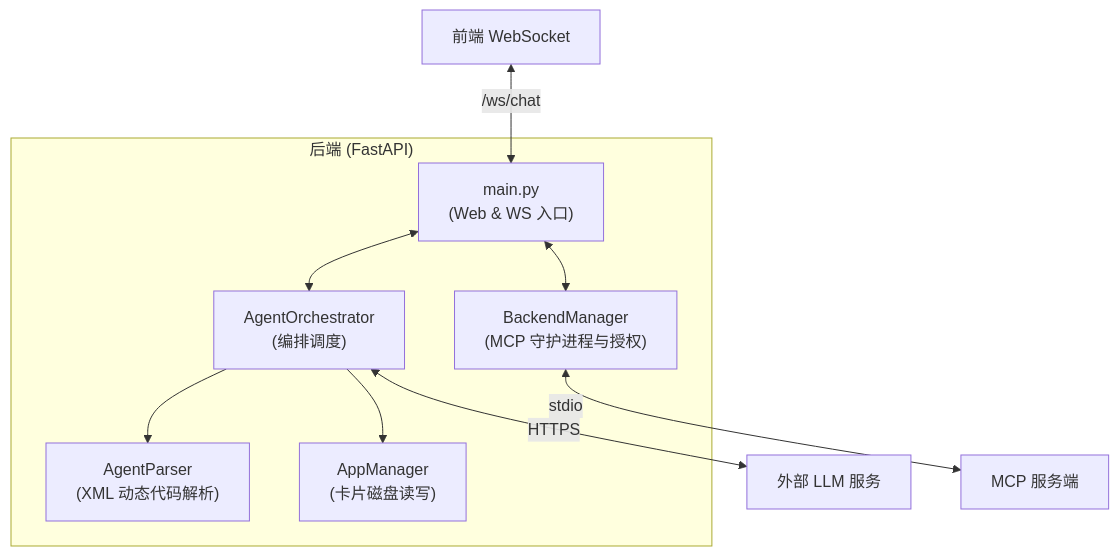
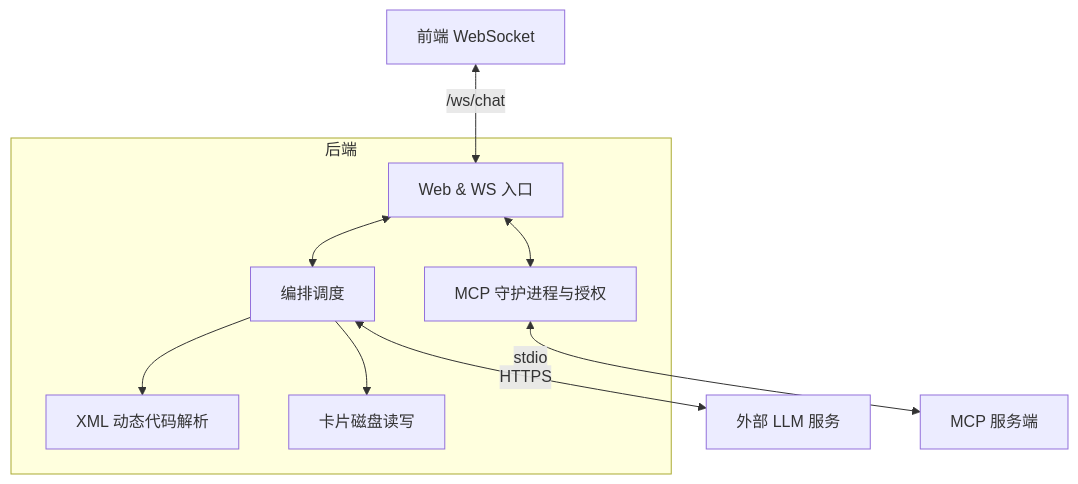
Before and after one commit to BillShiyaoZhang/ambient-agent: the third of 5 diagrams in docs/architecture/overview.md, drawn with Mermaid. The commit also changed other lines of this file and 10 other files, not shown here.

````diff
--- a/docs/architecture/overview.md
+++ b/docs/architecture/overview.md
@@ -42,12 +41,12 @@
 ```mermaid
 graph TB
-    subgraph Backend["后端 (FastAPI)"]
-        Main["main.py<br/>(Web & WS 入口)"] <--> Orchestrator["AgentOrchestrator<br/>(编排调度)"]
-        Orchestrator --> Parser["AgentParser<br/>(XML 动态代码解析)"]
-        Orchestrator --> AppMgr["AppManager<br/>(卡片磁盘读写)"]
-        Main <--> BackendMgr["BackendManager<br/>(MCP 守护进程与授权)"]
+    subgraph Backend["后端"]
+        Main["Web & WS 入口"] <--> Orchestrator["编排调度"]
+        Orchestrator --> Parser["XML 动态代码解析"]
+        Orchestrator --> AppMgr["卡片磁盘读写"]
+        Main <--> BackendMgr["MCP 守护进程与授权"]
     end
     FE["前端 WebSocket"] <-->|/ws/chat| Main
     Orchestrator <-->|HTTPS| LLM["外部 LLM 服务"]
     BackendMgr <-->|stdio| MCP["MCP 服务端"]
 ```
````
